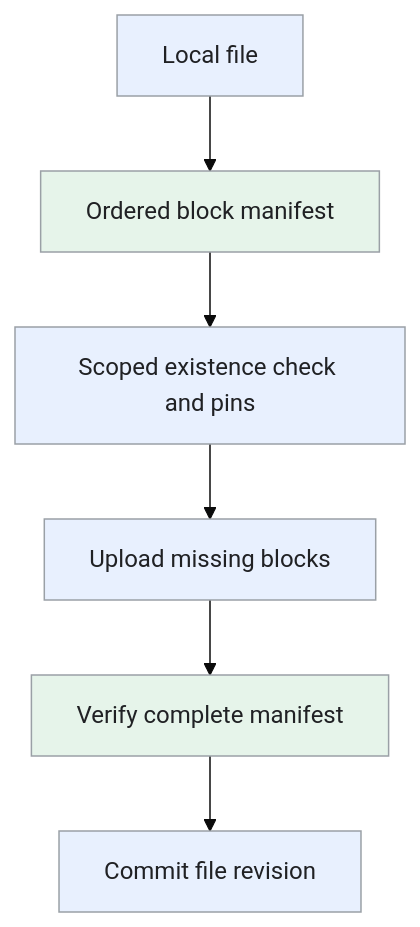
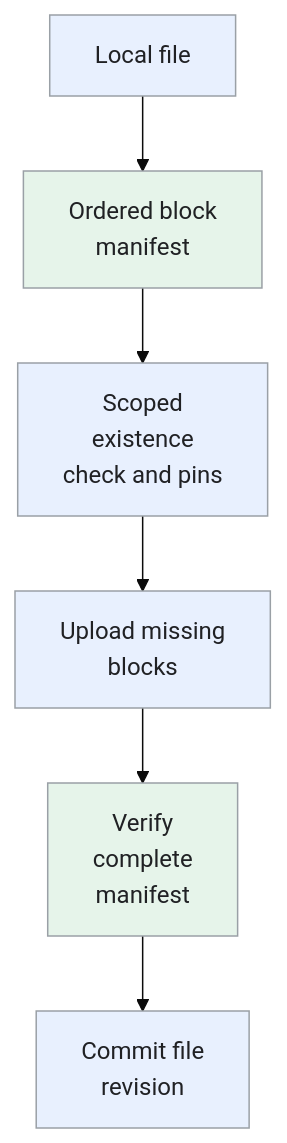
Before and after one commit to iliazlobin/iliazlobin.github.io: the fourth of 5 diagrams in _designs/system-design-dropbox.md, drawn with Mermaid (base theme). The commit also changed other lines of this file and 116 other files, not shown here.

````diff
--- a/_designs/system-design-dropbox.md
+++ b/_designs/system-design-dropbox.md
@@ -248,13 +271,13 @@
 ```mermaid
 flowchart TB
-  F["Local file"] --> M["Ordered block manifest"]
-  M --> C["Scoped existence check and pins"]
-  C --> U["Upload missing blocks"]
-  U --> V["Verify complete manifest"]
-  V --> R["Commit file revision"]
+  F["Local file"] --> M["Ordered block<br>manifest"]
+  M --> C["Scoped<br>existence<br>check and pins"]
+  C --> U["Upload missing<br>blocks"]
+  U --> V["Verify<br>complete<br>manifest"]
+  V --> R["Commit file<br>revision"]
   classDef request fill:#e8f0fe,stroke:#9aa0a6,color:#202124,stroke-width:1px
   classDef background fill:#e6f4ea,stroke:#9aa0a6,color:#202124,stroke-width:1px
   classDef control fill:#fef7e0,stroke:#9aa0a6,color:#202124,stroke-width:1px
   class F,C,U,R request
   class M,V background
 ```
````
